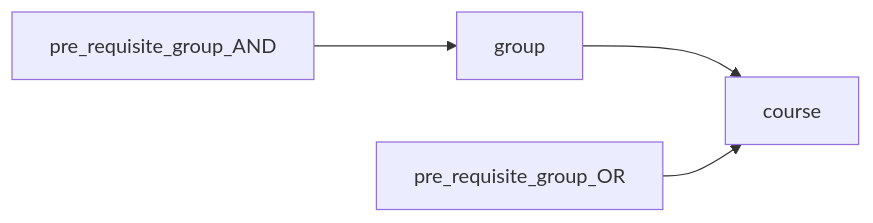
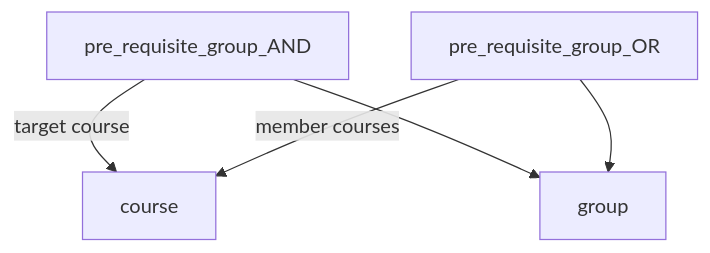
Before and after one commit to 99pancakez/Group62-StudyPlanner: the first of 2 diagrams in docs/corequisite-research.md, drawn with Mermaid.

Commit message:
fix: relational diagram

````diff
--- a/docs/corequisite-research.md
+++ b/docs/corequisite-research.md
@@ -17,6 +17,7 @@
 ```mermaid
-graph LR
-    group --> course
-    pre_requisite_group_OR --> course
+graph TD
+    pre_requisite_group_AND -->|target course| course
     pre_requisite_group_AND --> group
+    pre_requisite_group_OR -->|member courses| course
+    pre_requisite_group_OR --> group
 ```
````
